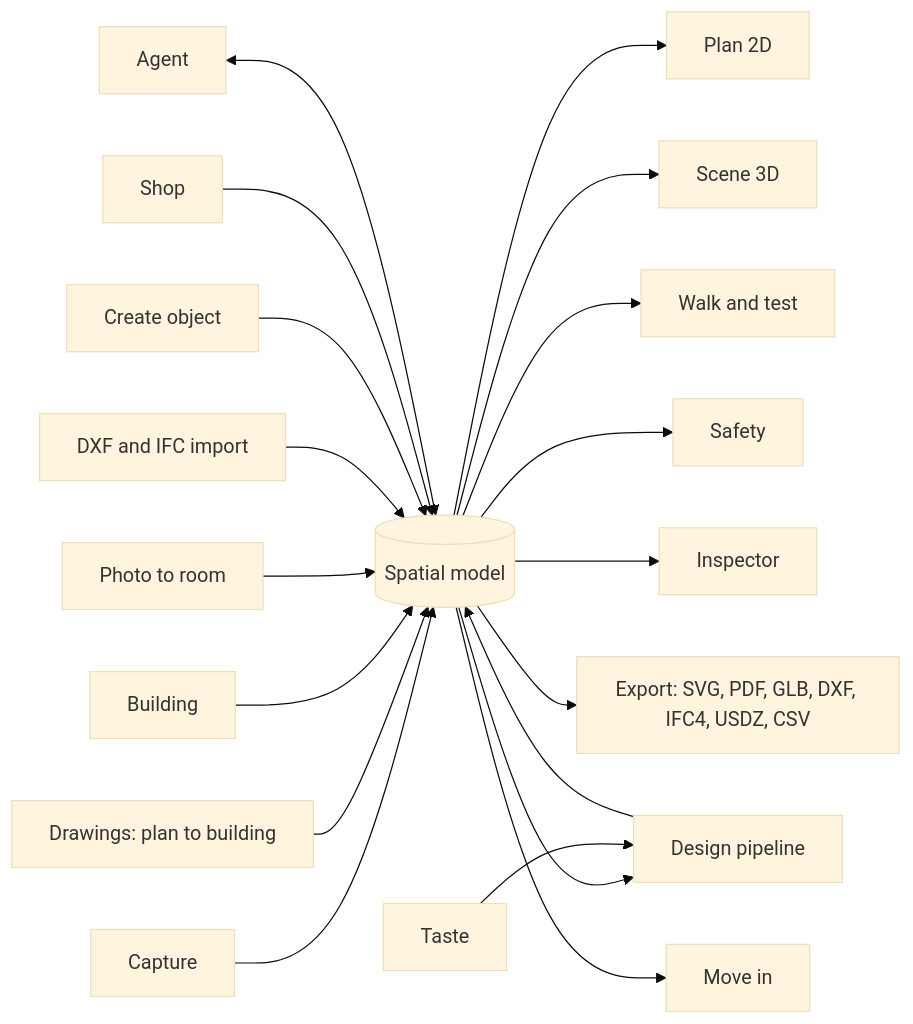
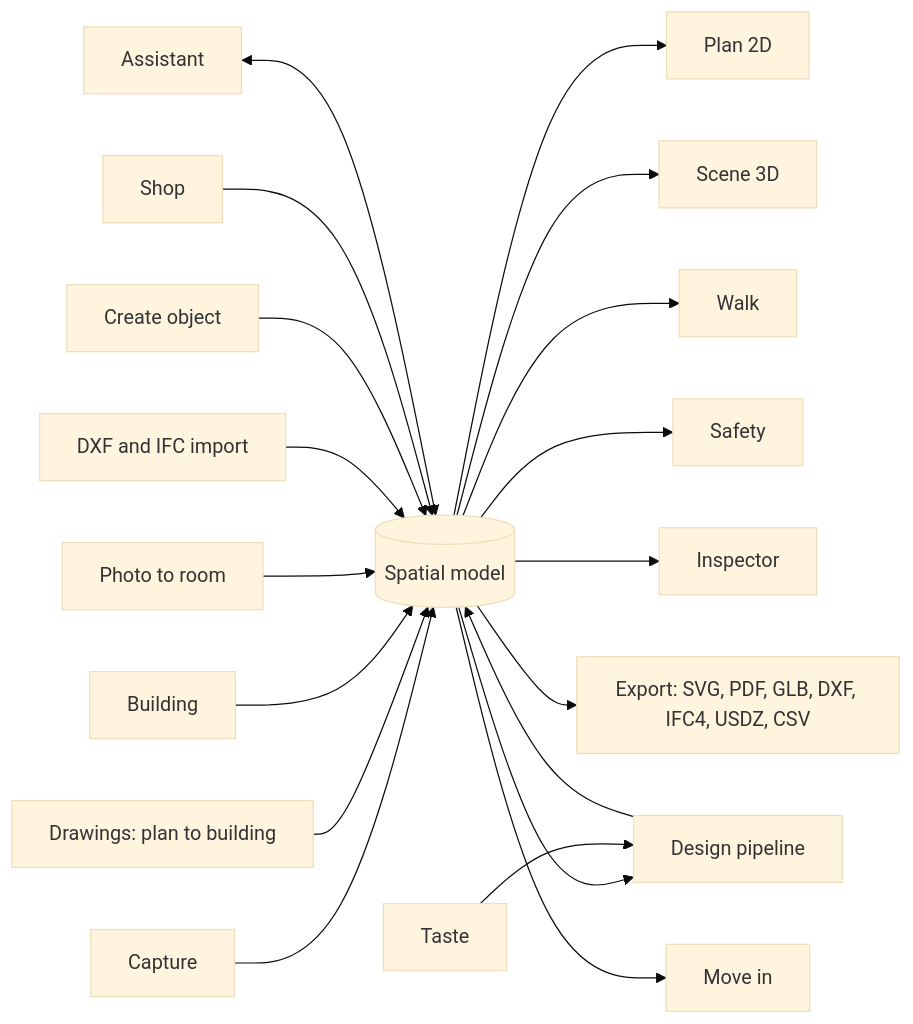
The first of 2 diagrams in README.md (JUNCTION26/SpaceLens), drawn with Mermaid (base theme) before and after one commit. The commit also changed other lines of this file, not shown here.

````diff
--- a/README.md
+++ b/README.md
@@ -290,21 +127,21 @@
 ```mermaid
 flowchart LR
   C[Capture] --> M[(Spatial model)]
   D[Drawings: plan to building] --> M
   B[Building] --> M
   PH[Photo to room] --> M
   DX[DXF and IFC import] --> M
   F[Create object] --> M
   S[Shop] --> M
   M --> P[Plan 2D]
   M --> V[Scene 3D]
   M --> G[Design pipeline]
   G --> M
-  M --> W[Walk and test]
+  M --> W[Walk]
   M --> Y[Safety]
   M --> I[Inspector]
   M --> X[Export: SVG, PDF, GLB, DXF, IFC4, USDZ, CSV]
   M --> MV[Move in]
   T[Taste] --> G
-  A[Agent] <--> M
+  A[Assistant] <--> M
 ```
````
